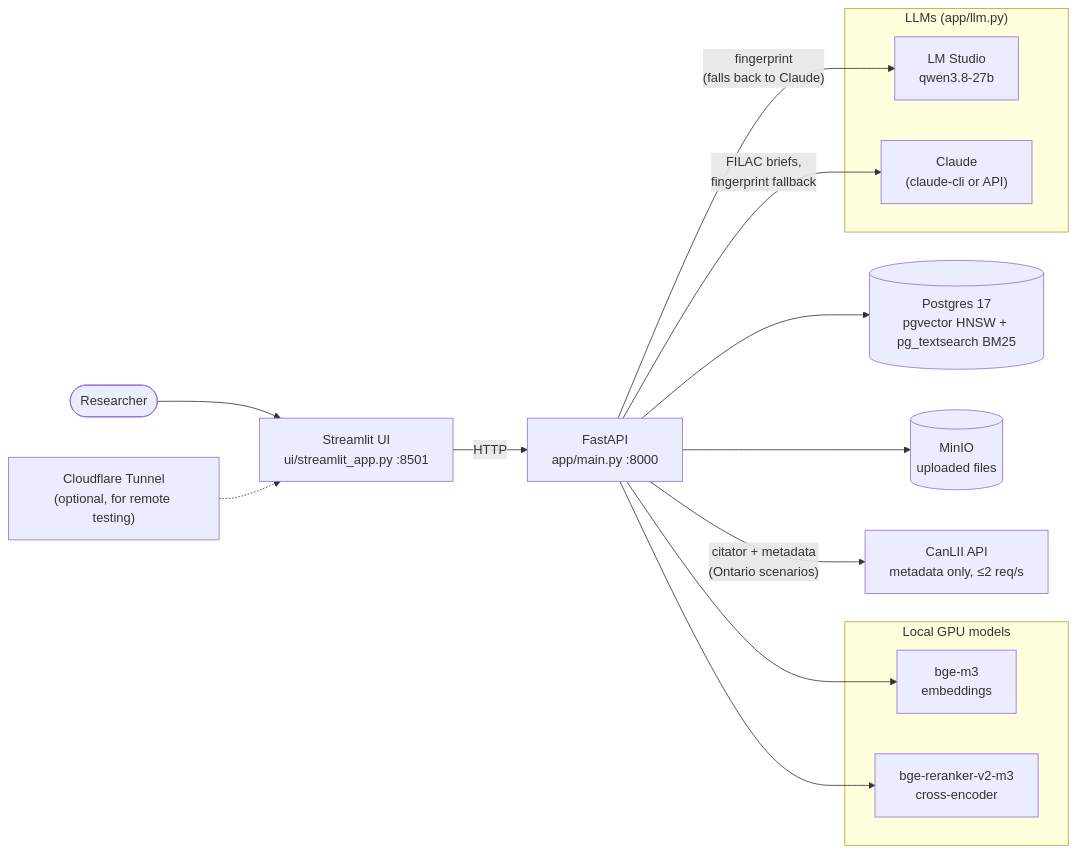
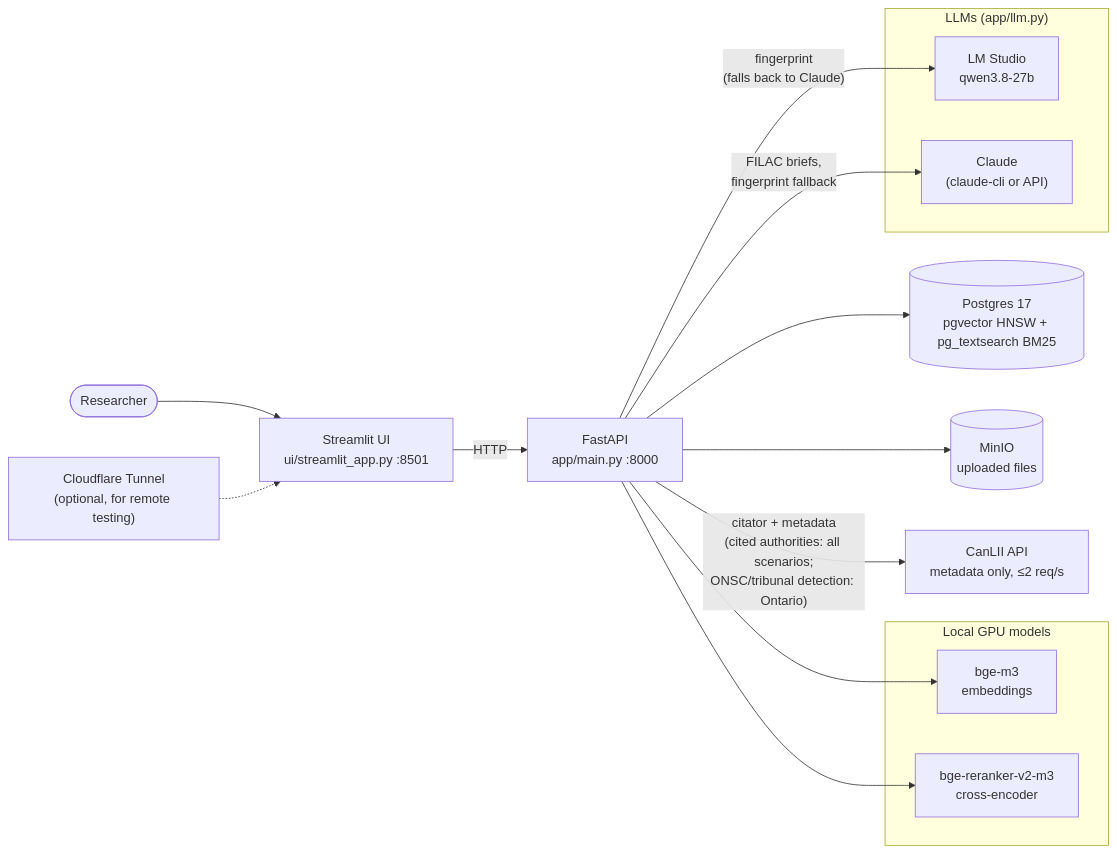
The first of 3 diagrams in README.md (Kevinwen1999/LawSearch), drawn with Mermaid before and after one commit. The commit also changed other lines of this file and 67 other files, not shown here.

````diff
--- a/README.md
+++ b/README.md
@@ -11,23 +11,23 @@
 ```mermaid
 flowchart LR
     user(["Researcher"]) --> ui["Streamlit UI<br/>ui/streamlit_app.py :8501"]
     tunnel["Cloudflare Tunnel<br/>(optional, for remote testing)"] -.-> ui
     ui -- HTTP --> api["FastAPI<br/>app/main.py :8000"]
 
     subgraph gpu["Local GPU models"]
         emb["bge-m3<br/>embeddings"]
         rr["bge-reranker-v2-m3<br/>cross-encoder"]
     end
 
     subgraph llm["LLMs (app/llm.py)"]
         local["LM Studio<br/>qwen3.8-27b"]
         claude["Claude<br/>(claude-cli or API)"]
     end
 
     api --> emb & rr
     api -- "fingerprint<br/>(falls back to Claude)" --> local
     api -- "FILAC briefs,<br/>fingerprint fallback" --> claude
     api --> pg[("Postgres 17<br/>pgvector HNSW + pg_textsearch BM25")]
     api --> minio[("MinIO<br/>uploaded files")]
-    api -- "citator + metadata<br/>(Ontario scenarios)" --> canlii["CanLII API<br/>metadata only, ≤2 req/s"]
+    api -- "citator + metadata<br/>(cited authorities: all scenarios;<br/>ONSC/tribunal detection: Ontario)" --> canlii["CanLII API<br/>metadata only, ≤2 req/s"]
 ```
````
